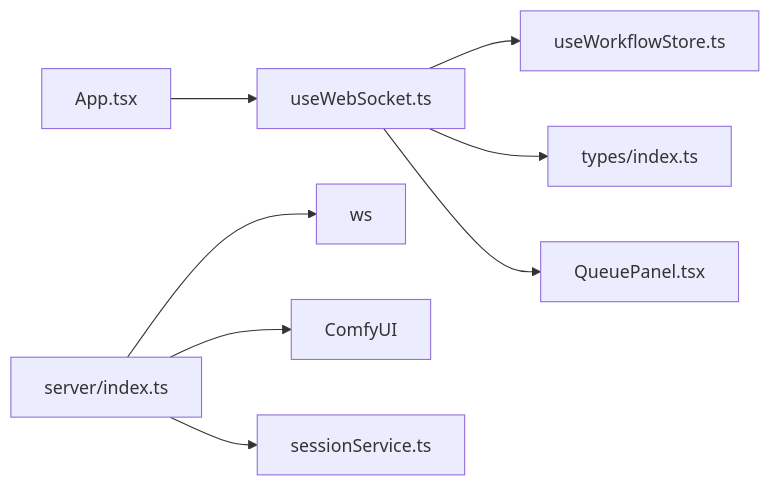
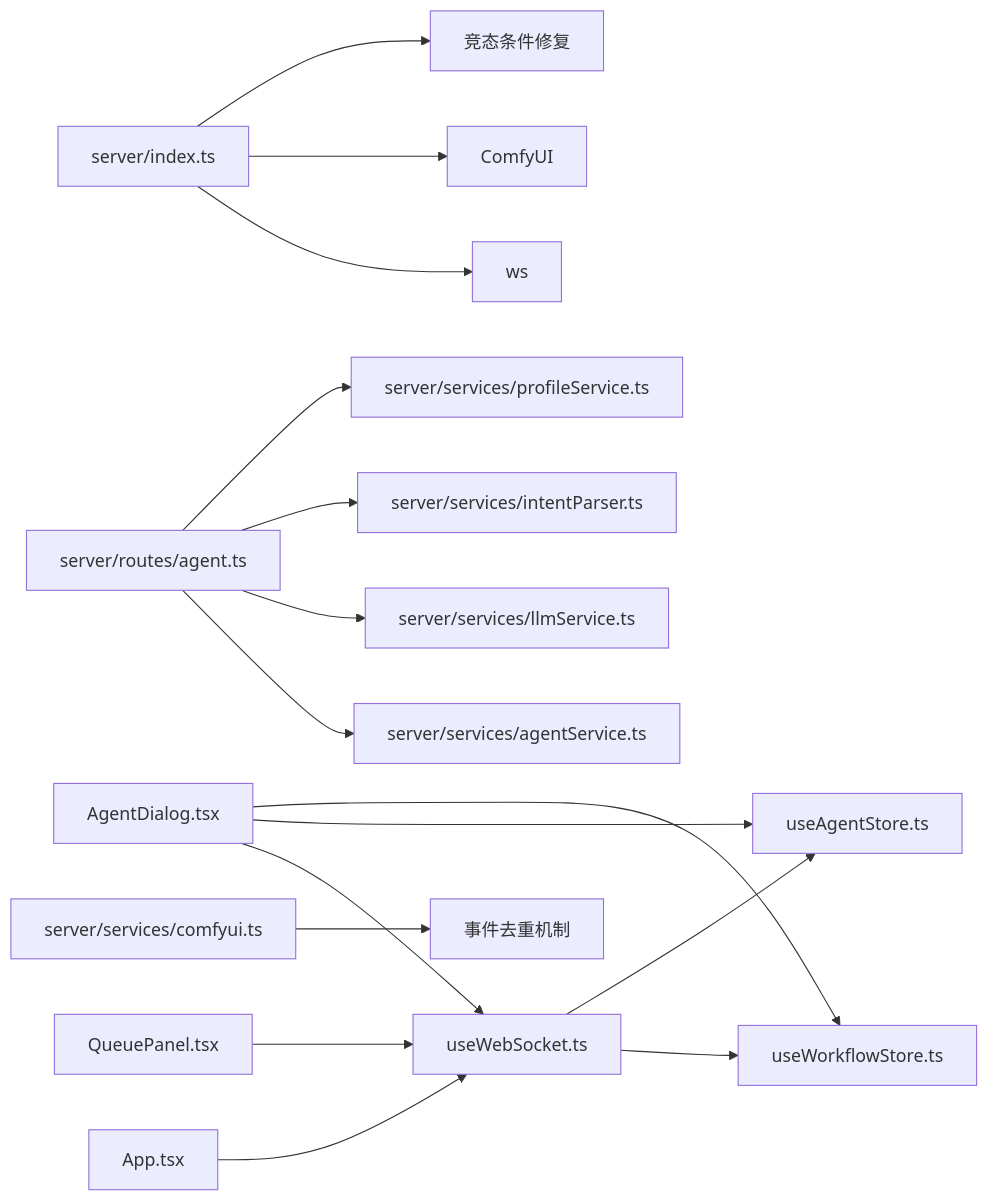
Before and after one commit to billye220670/CorineKit_Pix2Real: the ninth of 9 diagrams in .qoder/repowiki/zh/content/前端应用/WebSocket 通信.md, drawn with Mermaid. The commit also changed other lines of this file and 20 other files, not shown here.

````diff
--- a/.qoder/repowiki/zh/content/前端应用/WebSocket 通信.md
+++ b/.qoder/repowiki/zh/content/前端应用/WebSocket 通信.md
@@ -264,10 +437,18 @@
 ```mermaid
 graph LR
 App["App.tsx"] --> Hook["useWebSocket.ts"]
-Hook --> Store["useWorkflowStore.ts"]
-Hook --> Types["types/index.ts"]
-Hook --> Panel["QueuePanel.tsx"]
+Hook --> WFStore["useWorkflowStore.ts"]
+Hook --> AgentStore["useAgentStore.ts"]
+AgentDialog["AgentDialog.tsx"] --> Hook
+AgentDialog --> AgentStore
+AgentDialog --> WFStore
+QueuePanel["QueuePanel.tsx"] --> Hook
 Server["server/index.ts"] --> WS["ws"]
 Server --> Comfy["ComfyUI"]
-Server --> Session["sessionService.ts"]
+Server --> RaceFix["竞态条件修复"]
+AgentRoute["server/routes/agent.ts"] --> AgentService["server/services/agentService.ts"]
+AgentRoute --> LLM["server/services/llmService.ts"]
+AgentRoute --> Intent["server/services/intentParser.ts"]
+AgentRoute --> Profile["server/services/profileService.ts"]
+ComfyService["server/services/comfyui.ts"] --> EventDedup["事件去重机制"]
 ```
````
